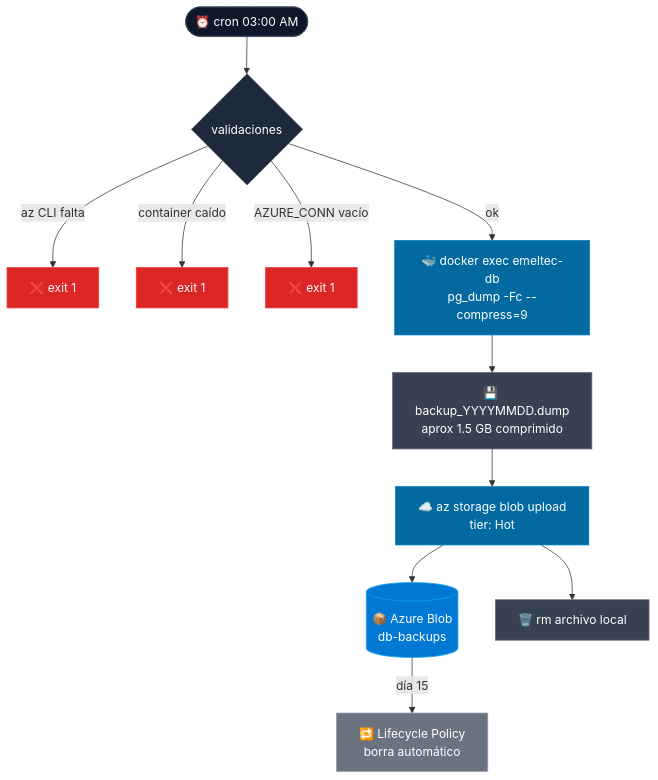
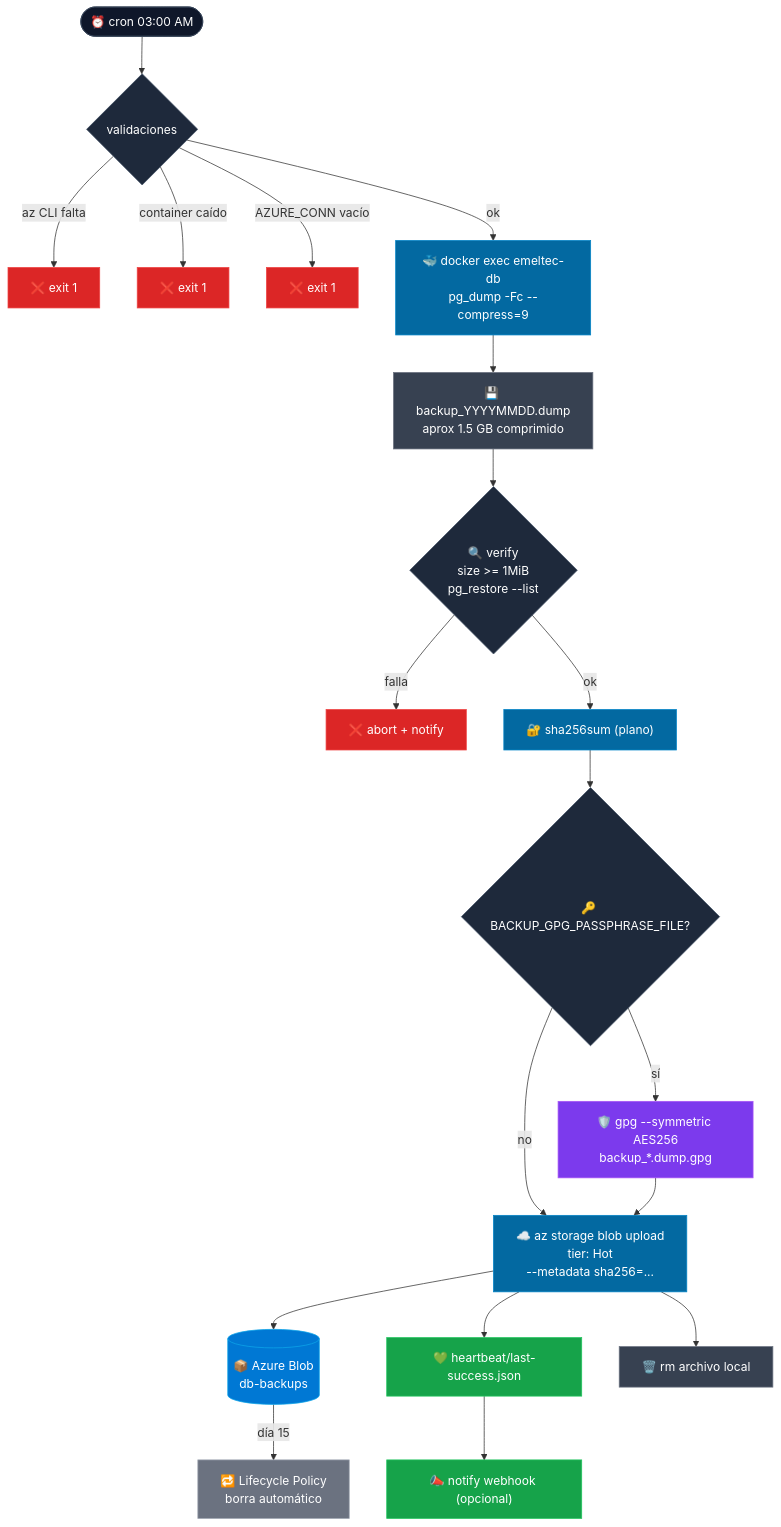
The second of 3 diagrams in docs/vault/infraestructura/backup-db.md (druizd/emeltec3), drawn with Mermaid before and after one commit. The commit also changed other lines of this file and 4 other files, not shown here.

````diff
--- a/docs/vault/infraestructura/backup-db.md
+++ b/docs/vault/infraestructura/backup-db.md
@@ -68,28 +85,44 @@
 ```mermaid
 flowchart TD
     CRON(["⏰ cron 03:00 AM"])
     CRON --> VAL{validaciones}
 
     VAL -->|az CLI falta| ERR1["❌ exit 1"]
     VAL -->|container caído| ERR2["❌ exit 1"]
     VAL -->|AZURE_CONN vacío| ERR3["❌ exit 1"]
 
     VAL -->|ok| DUMP["🐳 docker exec emeltec-db<br/>pg_dump -Fc --compress=9"]
     DUMP --> TMP["💾 backup_YYYYMMDD.dump<br/>aprox 1.5 GB comprimido"]
-    TMP --> UP["☁️ az storage blob upload<br/>tier: Hot"]
+    TMP --> CHECK{"🔍 verify<br/>size >= 1MiB<br/>pg_restore --list"}
+    CHECK -->|falla| ERRV["❌ abort + notify"]
+    CHECK -->|ok| HASH["🔐 sha256sum (plano)"]
+    HASH --> ENCQ{"🔑 BACKUP_GPG_PASSPHRASE_FILE?"}
+    ENCQ -->|no| UP["☁️ az storage blob upload<br/>tier: Hot<br/>--metadata sha256=..."]
+    ENCQ -->|sí| ENC["🛡️ gpg --symmetric AES256<br/>backup_*.dump.gpg"]
+    ENC --> UP
     UP --> BLOB[("📦 Azure Blob<br/>db-backups")]
+    UP --> HB["💚 heartbeat/last-success.json"]
     UP --> RM["🗑️ rm archivo local"]
+    HB --> NOTIF["📣 notify webhook (opcional)"]
     BLOB -->|día 15| LC["🔁 Lifecycle Policy<br/>borra automático"]
+
+    style CHECK fill:#1e293b,color:#fff,stroke:#475569
+    style ENCQ fill:#1e293b,color:#fff,stroke:#475569
+    style HASH fill:#0369a1,color:#fff,stroke:#0284c7
+    style ENC fill:#7c3aed,color:#fff,stroke:#a855f7
+    style HB fill:#16a34a,color:#fff,stroke:#22c55e
+    style NOTIF fill:#16a34a,color:#fff,stroke:#22c55e
+    style ERRV fill:#dc2626,color:#fff,stroke:#ef4444
 
     style CRON fill:#0f172a,color:#fff,stroke:#334155
     style VAL fill:#1e293b,color:#fff,stroke:#475569
     style DUMP fill:#0369a1,color:#fff,stroke:#0284c7
     style TMP fill:#374151,color:#fff,stroke:#6b7280
     style UP fill:#0369a1,color:#fff,stroke:#0284c7
     style BLOB fill:#0078d4,color:#fff,stroke:#0ea5e9
     style RM fill:#374151,color:#fff,stroke:#6b7280
     style LC fill:#6b7280,color:#fff,stroke:#9ca3af
     style ERR1 fill:#dc2626,color:#fff,stroke:#ef4444
     style ERR2 fill:#dc2626,color:#fff,stroke:#ef4444
     style ERR3 fill:#dc2626,color:#fff,stroke:#ef4444
 ```
````
